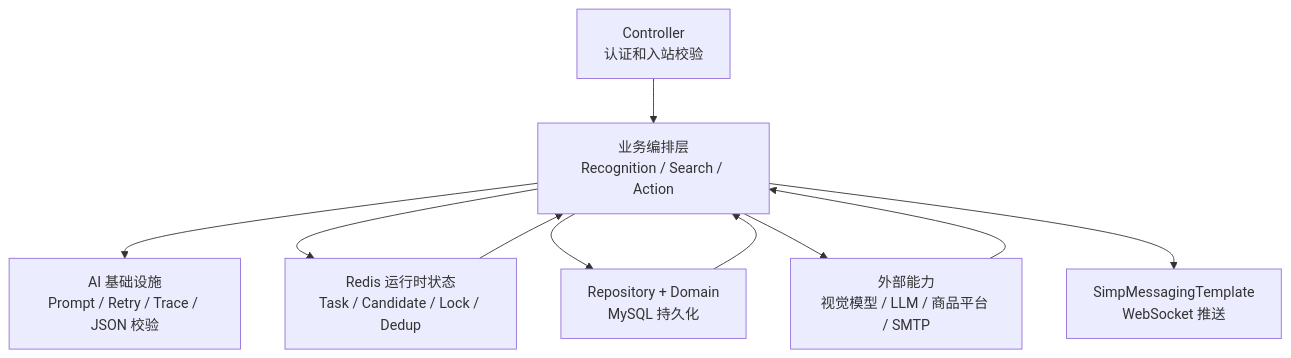
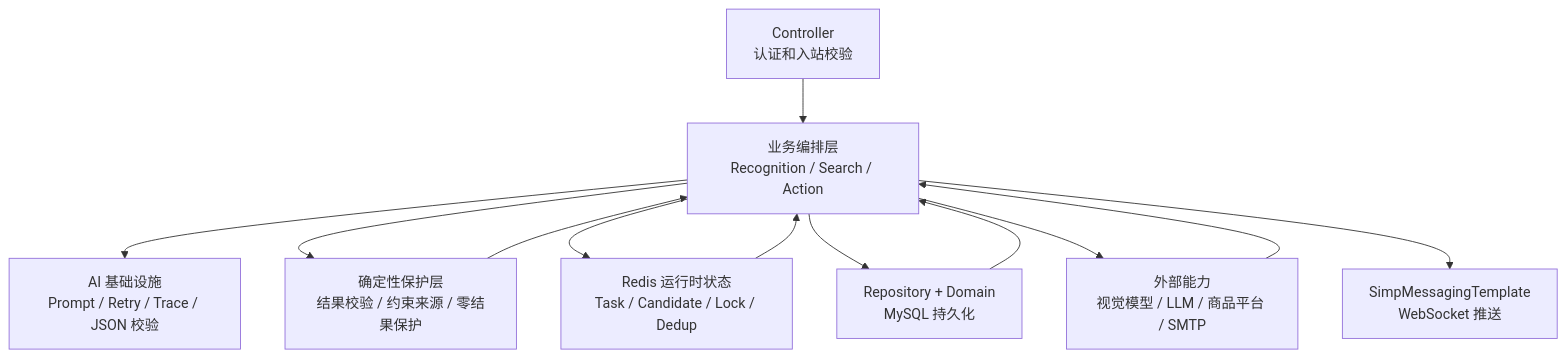
The third of 12 diagrams in docs/architecture-design.md (buwenjiayou/VisionCart), drawn with Mermaid before and after one commit. The commit also changed other lines of this file and 69 other files, not shown here.

````diff
--- a/docs/architecture-design.md
+++ b/docs/architecture-design.md
@@ -114,13 +121,15 @@
 ```mermaid
 flowchart TB
     Controller["Controller<br/>认证和入站校验"] --> Orchestrator["业务编排层<br/>Recognition / Search / Action"]
     Orchestrator --> AiLayer["AI 基础设施<br/>Prompt / Retry / Trace / JSON 校验"]
+    Orchestrator --> GuardLayer["确定性保护层<br/>结果校验 / 约束来源 / 零结果保护"]
     Orchestrator --> CacheLayer["Redis 运行时状态<br/>Task / Candidate / Lock / Dedup"]
     Orchestrator --> DomainLayer["Repository + Domain<br/>MySQL 持久化"]
     Orchestrator --> External["外部能力<br/>视觉模型 / LLM / 商品平台 / SMTP"]
 
     External --> Orchestrator
+    GuardLayer --> Orchestrator
     CacheLayer --> Orchestrator
     DomainLayer --> Orchestrator
     Orchestrator --> Push["SimpMessagingTemplate<br/>WebSocket 推送"]
 ```
````
